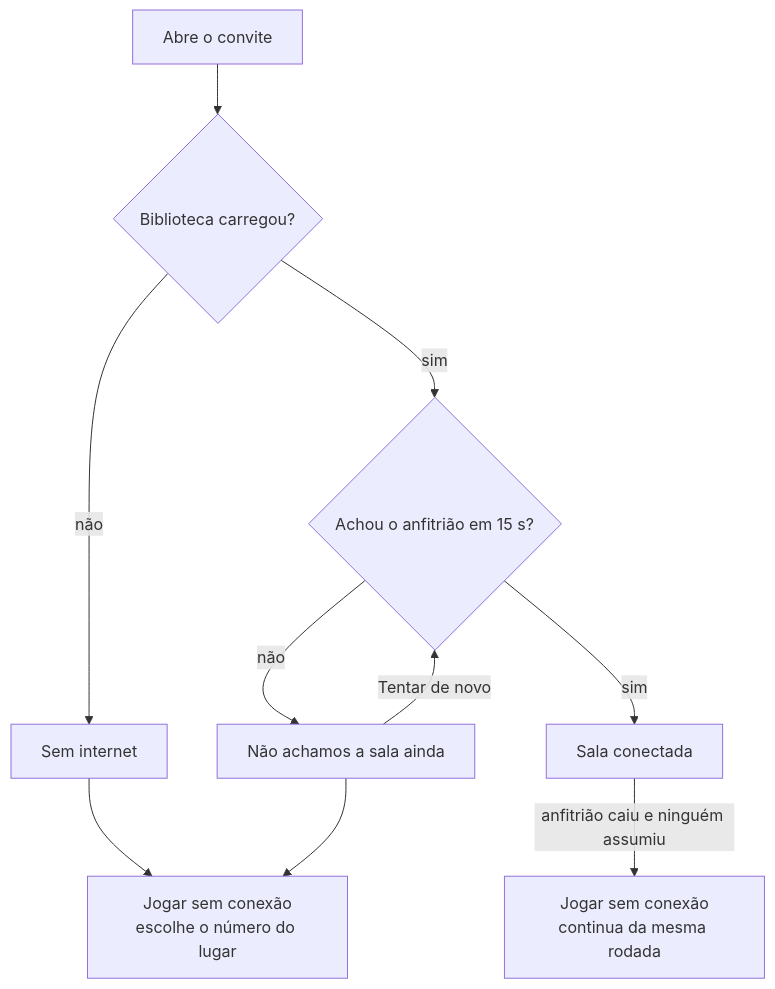
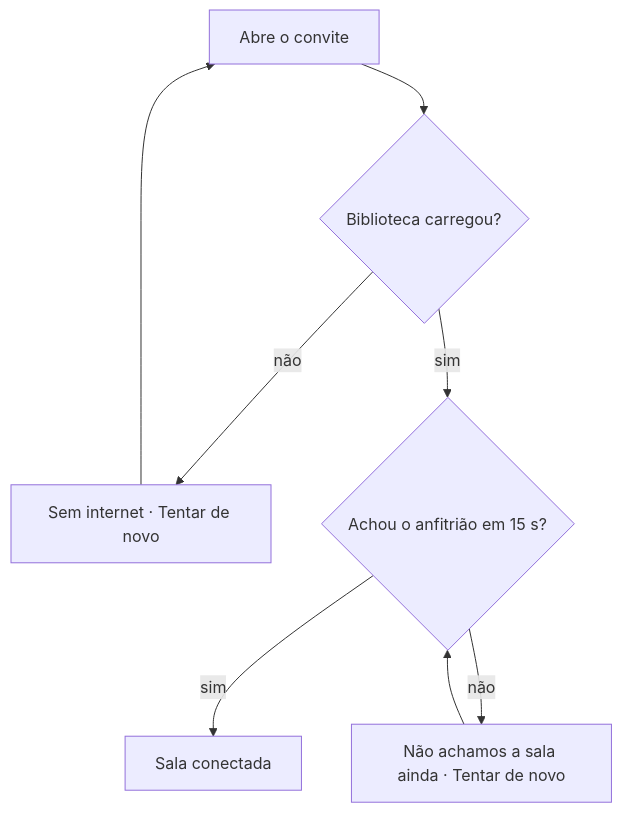
Diagram 13 of 14 in docs/p2p.md (sschonss/ito), drawn with Mermaid before and after one commit. The commit also changed other lines of this file and 8 other files, not shown here.

First line of the commit message:
Anfitrião como única verdade, conferência de sincronia e fim do modo sem conexão

````diff
--- a/docs/p2p.md
+++ b/docs/p2p.md
@@ -335,12 +360,10 @@
 ```mermaid
 flowchart TD
   OPEN["Abre o convite"] --> LOAD{"Biblioteca carregou?"}
-  LOAD -- não --> NOINT["Sem internet"]
+  LOAD -- não --> NOINT["Sem internet · Tentar de novo"]
   LOAD -- sim --> FIND{"Achou o anfitrião em 15 s?"}
   FIND -- sim --> ONLINE["Sala conectada"]
-  FIND -- não --> NOTFOUND["Não achamos a sala ainda"]
-  NOINT --> LOCAL["Jogar sem conexão<br/>escolhe o número do lugar"]
-  NOTFOUND --> LOCAL
-  NOTFOUND -- "Tentar de novo" --> FIND
-  ONLINE -- "anfitrião caiu e ninguém assumiu" --> LOCAL2["Jogar sem conexão<br/>continua da mesma rodada"]
+  FIND -- não --> NOTFOUND["Não achamos a sala ainda · Tentar de novo"]
+  NOINT --> OPEN
+  NOTFOUND --> FIND
 ```
````
